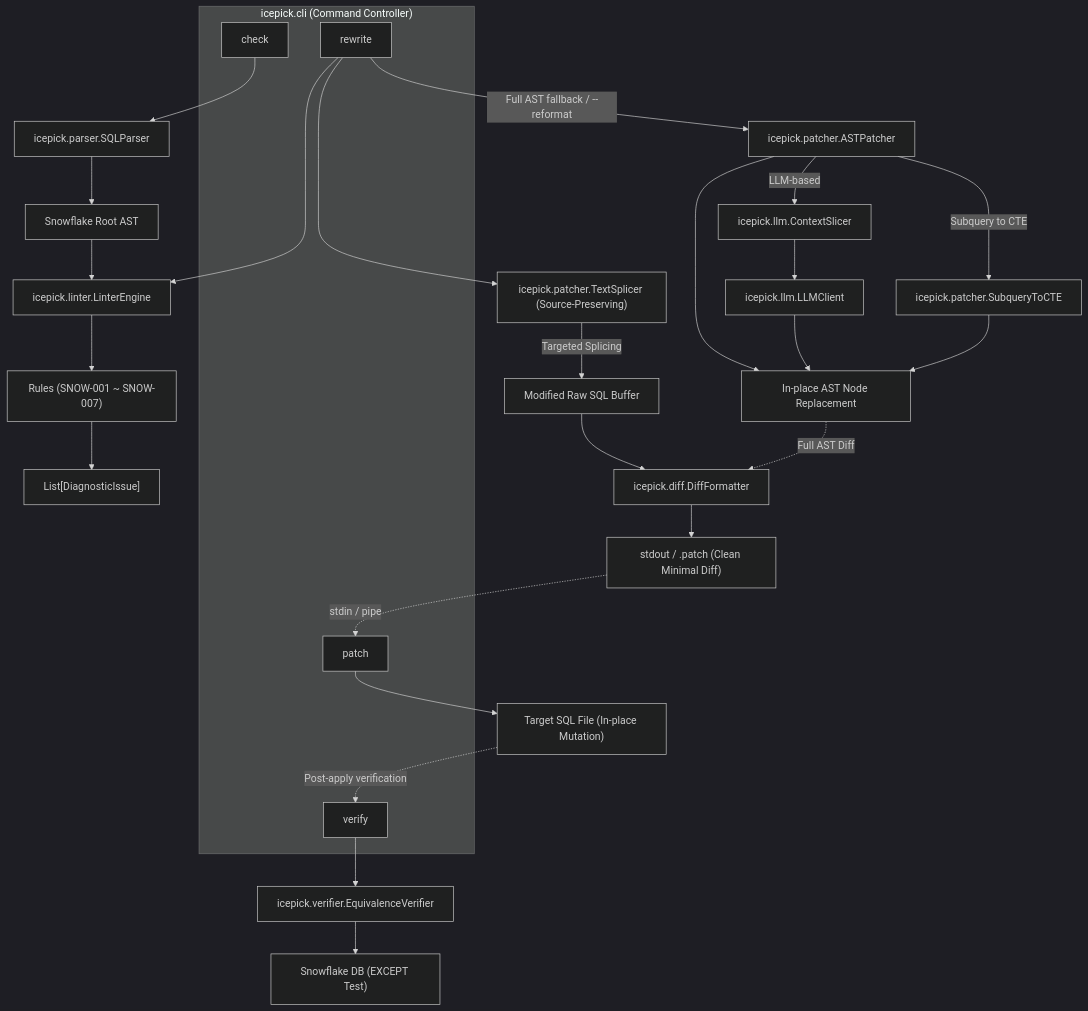
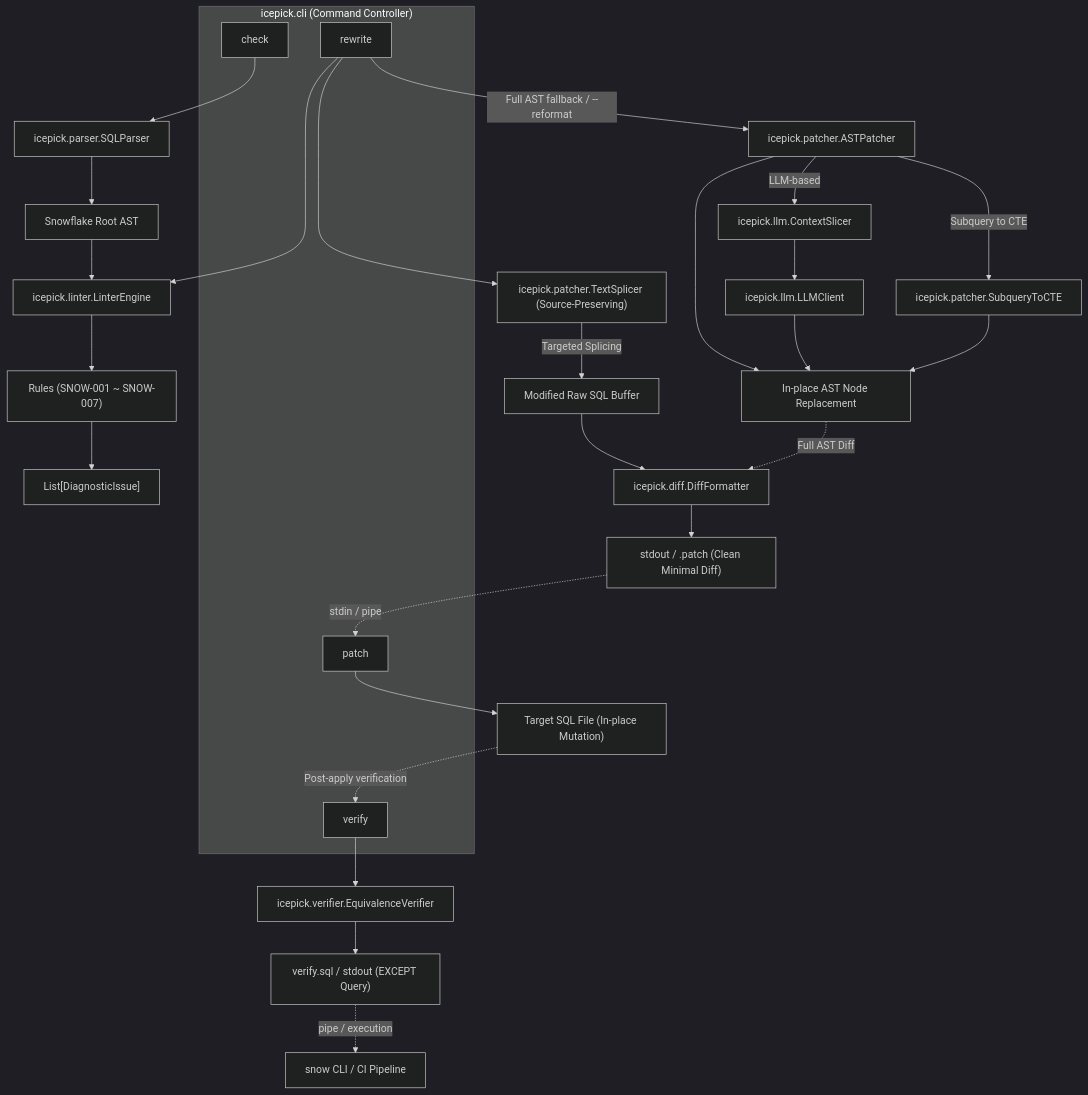
Before and after one commit to snaga/icepick: the first of 3 diagrams in doc/design.md, drawn with Mermaid (dark theme). The commit also changed other lines of this file and 3 other files, not shown here.

First line of the commit message:
docs(specs): specify decoupling snowflake execution and pure verify sql generator (adr-0004, phase 18)

````diff
--- a/doc/design.md
+++ b/doc/design.md
@@ -7,36 +7,37 @@
 ```mermaid
 flowchart TD
     subgraph CLI ["icepick.cli (Command Controller)"]
         CmdCheck["check"]
         CmdRewrite["rewrite"]
         CmdPatch["patch"]
         CmdVerify["verify"]
     end
 
     CmdCheck --> Parser["icepick.parser.SQLParser"]
     Parser --> AST["Snowflake Root AST"]
     AST --> Linter["icepick.linter.LinterEngine"]
     Linter --> Rules["Rules (SNOW-001 ~ SNOW-007)"]
     Rules --> Issues["List[DiagnosticIssue]"]
 
     CmdRewrite --> Linter
     CmdRewrite --> Splicer["icepick.patcher.TextSplicer (Source-Preserving)"]
     Splicer -->|Targeted Splicing| RawOpt["Modified Raw SQL Buffer"]
     CmdRewrite -->|Full AST fallback / --reformat| Patcher["icepick.patcher.ASTPatcher"]
     Patcher --> InPlace["In-place AST Node Replacement"]
     Patcher -->|LLM-based| ContextSlicer["icepick.llm.ContextSlicer"]
     ContextSlicer --> LLMClient["icepick.llm.LLMClient"]
     LLMClient --> InPlace
     Patcher -->|Subquery to CTE| CTEExt["icepick.patcher.SubqueryToCTE"]
     CTEExt --> InPlace
     RawOpt --> Diff["icepick.diff.DiffFormatter"]
     InPlace -.->|Full AST Diff| Diff
     Diff --> Stdout["stdout / .patch (Clean Minimal Diff)"]
 
     Stdout -.->|stdin / pipe| CmdPatch
     CmdPatch --> TargetFile["Target SQL File (In-place Mutation)"]
 
     CmdVerify --> Verifier["icepick.verifier.EquivalenceVerifier"]
     TargetFile -.->|Post-apply verification| CmdVerify
-    Verifier --> Snowflake["Snowflake DB (EXCEPT Test)"]
+    Verifier --> VerifySQL["verify.sql / stdout (EXCEPT Query)"]
+    VerifySQL -.->|pipe / execution| SnowCLI["snow CLI / CI Pipeline"]
 ```
````
